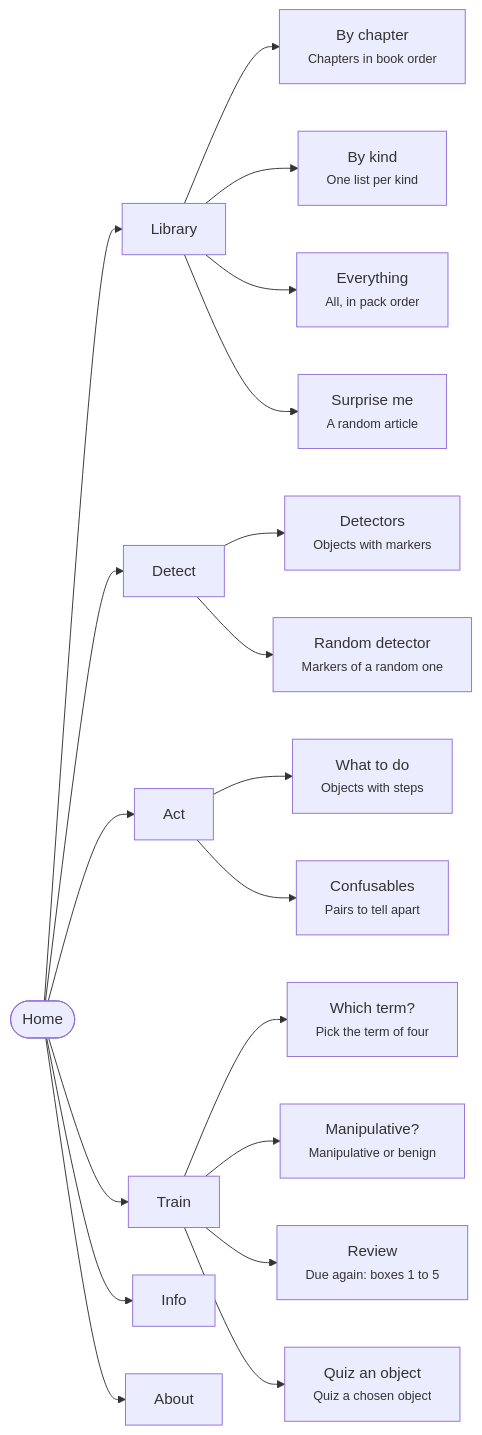
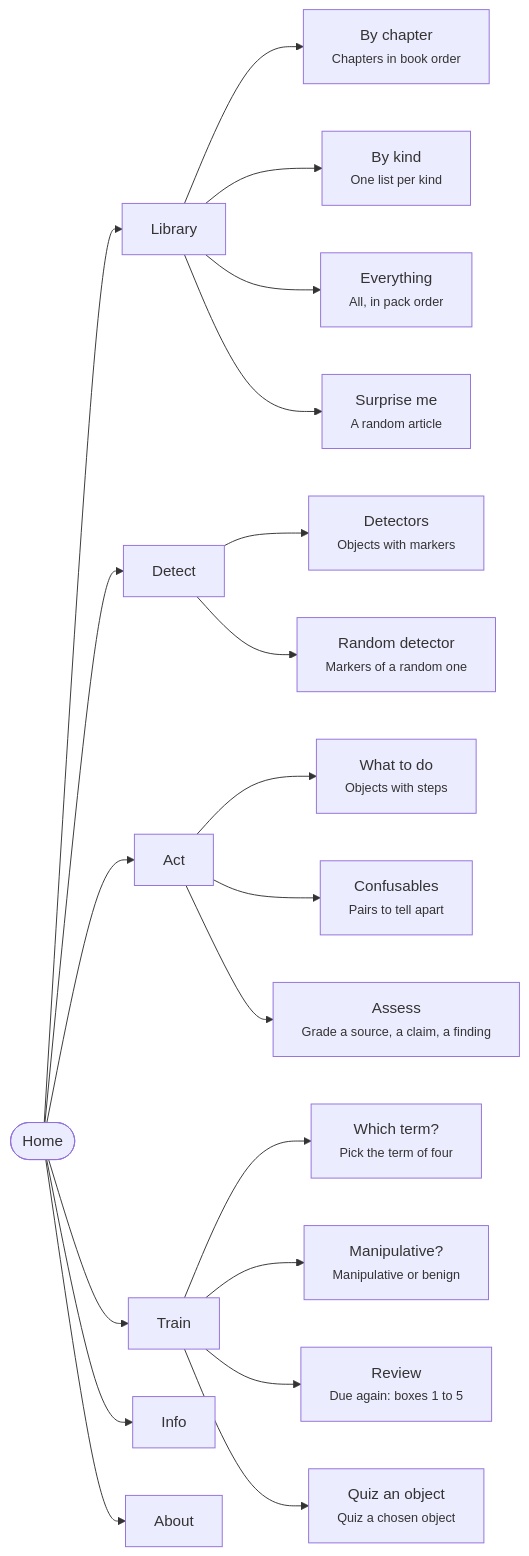
The first of 3 diagrams in README.md (korczis/prismatic-flipperzero), drawn with Mermaid before and after one commit. The commit also changed other lines of this file and 38 other files, not shown here.

````diff
--- a/README.md
+++ b/README.md
@@ -98,22 +98,23 @@
 ```mermaid
 flowchart LR
   home(["Home"])
   home --> h0["Library"]
   h0 --> h0e0["By chapter<br/><small>Chapters in book order</small>"]
   h0 --> h0e1["By kind<br/><small>One list per kind</small>"]
   h0 --> h0e2["Everything<br/><small>All, in pack order</small>"]
   h0 --> h0e3["Surprise me<br/><small>A random article</small>"]
   home --> h1["Detect"]
   h1 --> h1e0["Detectors<br/><small>Objects with markers</small>"]
   h1 --> h1e1["Random detector<br/><small>Markers of a random one</small>"]
   home --> h2["Act"]
   h2 --> h2e0["What to do<br/><small>Objects with steps</small>"]
   h2 --> h2e1["Confusables<br/><small>Pairs to tell apart</small>"]
+  h2 --> h2e2["Assess<br/><small>Grade a source, a claim, a finding</small>"]
   home --> h3["Train"]
   h3 --> h3e0["Which term?<br/><small>Pick the term of four</small>"]
   h3 --> h3e1["Manipulative?<br/><small>Manipulative or benign</small>"]
   h3 --> h3e2["Review<br/><small>Due again: boxes 1 to 5</small>"]
   h3 --> h3e3["Quiz an object<br/><small>Quiz a chosen object</small>"]
   home --> t0["Info"]
   home --> t1["About"]
 ```
````
